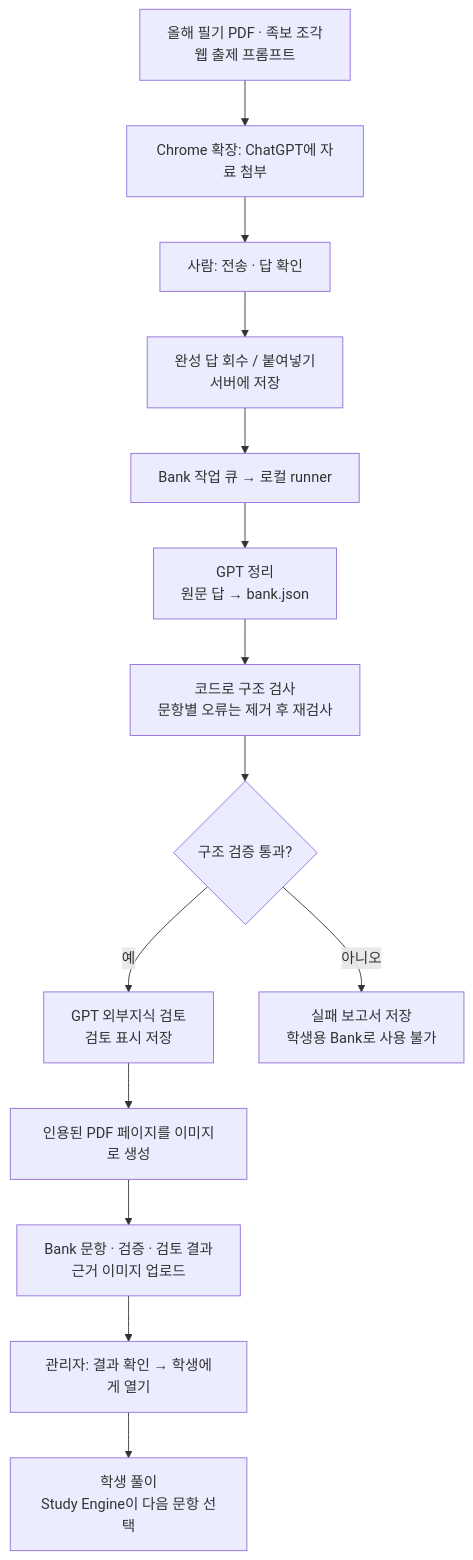
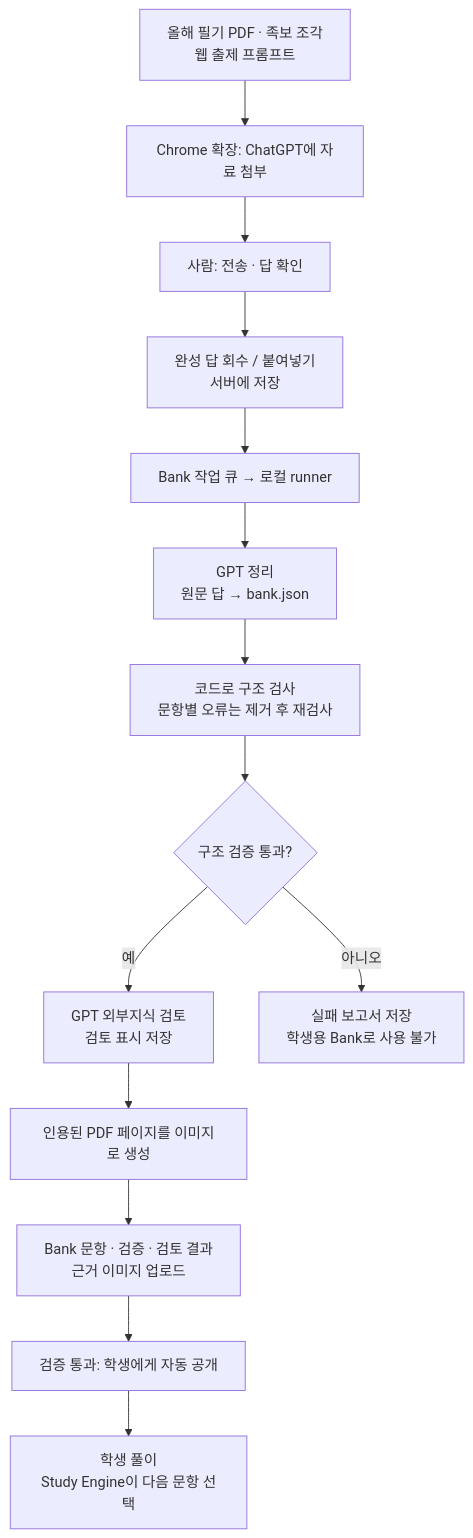
One commit to ows0104/Study_EZ_Open changed the third of 3 diagrams in docs/pipeline.md. Above: the diagram before and after it, drawn with Mermaid. The commit also changed other lines of this file and 5 other files, not shown here.

````diff
--- a/docs/pipeline.md
+++ b/docs/pipeline.md
@@ -69,16 +69,16 @@
 ```mermaid
 flowchart TD
     I["올해 필기 PDF · 족보 조각<br/>웹 출제 프롬프트"] --> E["Chrome 확장: ChatGPT에 자료 첨부"]
     E --> H["사람: 전송 · 답 확인"]
     H --> A["완성 답 회수 / 붙여넣기<br/>서버에 저장"]
     A --> Q["Bank 작업 큐 → 로컬 runner"]
     Q --> O["GPT 정리<br/>원문 답 → bank.json"]
     O --> V["코드로 구조 검사<br/>문항별 오류는 제거 후 재검사"]
     V --> C{"구조 검증 통과?"}
     C -->|"예"| R["GPT 외부지식 검토<br/>검토 표시 저장"]
     R --> P["인용된 PDF 페이지를 이미지로 생성"]
     P --> U["Bank 문항 · 검증 · 검토 결과<br/>근거 이미지 업로드"]
     C -->|"아니오"| F["실패 보고서 저장<br/>학생용 Bank로 사용 불가"]
-    U --> G["관리자: 결과 확인 → 학생에게 열기"]
+    U --> G["검증 통과: 학생에게 자동 공개"]
     G --> S["학생 풀이<br/>Study Engine이 다음 문항 선택"]
 ```
````
